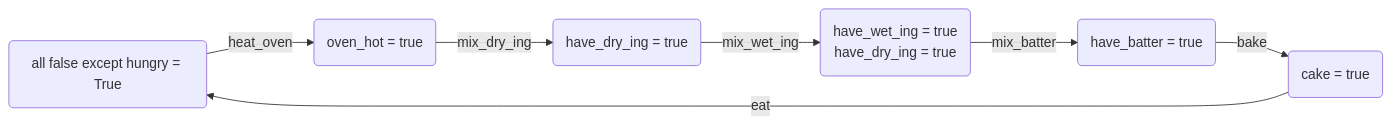
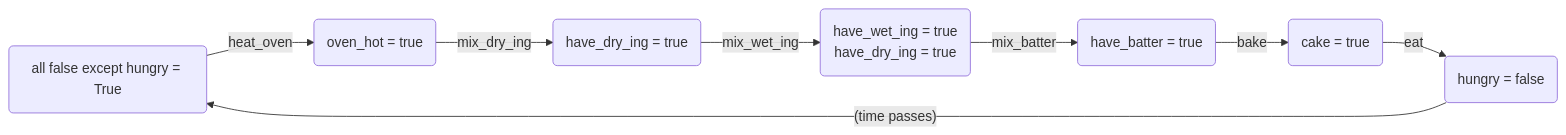
The diagram in GOAP_implementation.md (esenecal/ai-planning-test), drawn with Mermaid before and after one commit. The commit also changed 1 other file, not shown here.

Commit message:
Updated cooking diagram, working on planner

````diff
--- a/GOAP_implementation.md
+++ b/GOAP_implementation.md
@@ -40,18 +40,20 @@
 ```mermaid
 graph LR
     all_false(all false except hungry = True)
+    not_hungry(hungry = false)
     oven_hot(oven_hot = true)
     have_wet_ing(have_wet_ing = true
                 have_dry_ing = true)
     have_dry_ing(have_dry_ing = true)
     have_batter(have_batter = true)
     cake(cake = true)
 
     all_false 
     --heat_oven--> oven_hot 
     --mix_dry_ing--> have_dry_ing 
     --mix_wet_ing--> have_wet_ing
     --mix_batter--> have_batter
     --bake--> cake
-    --eat--> all_false
+    --eat--> not_hungry
+    --(time passes)-->all_false
 ```
````
